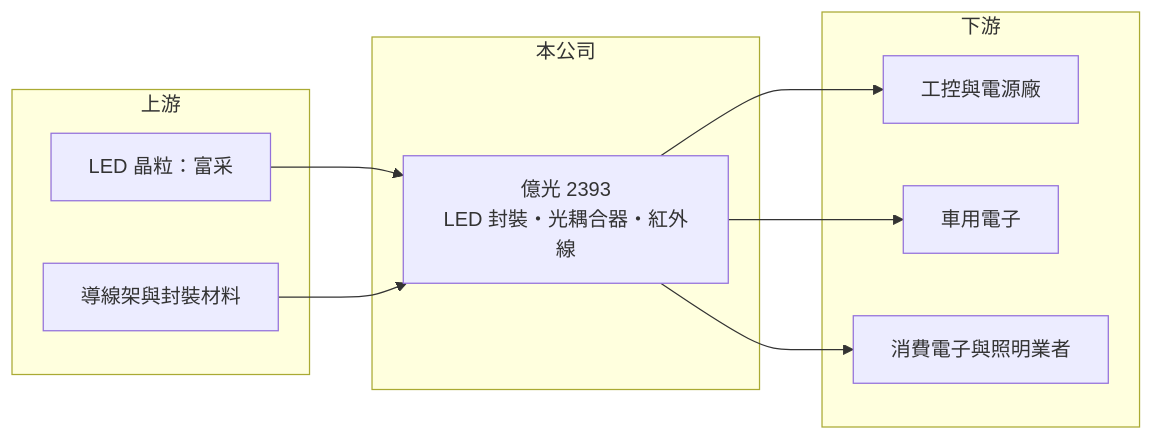
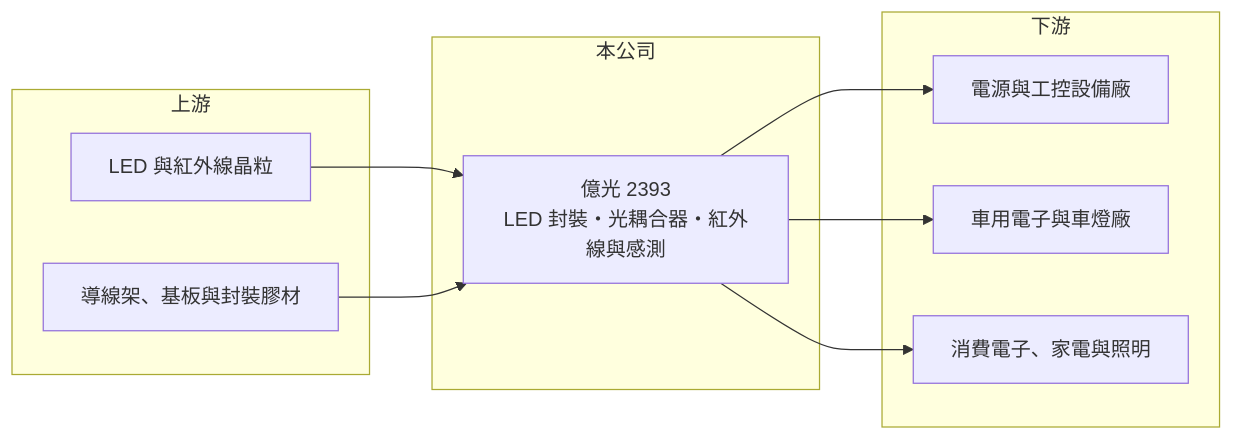
The second of 2 diagrams in 個股/台股/2393億光.md (wangnick1004/taiwan-stock-vault), drawn with Mermaid before and after one commit. The commit also changed other lines of this file and 10 other files, not shown here.

````diff
--- a/個股/台股/2393億光.md
+++ b/個股/台股/2393億光.md
@@ -85,20 +114,20 @@
 ```mermaid
 flowchart LR
     subgraph 上游
-        A1["LED 晶粒：富采"]
-        A2["導線架與封裝材料"]
+        A1[LED 與紅外線晶粒]
+        A2[導線架、基板與封裝膠材]
     end
     subgraph 本公司
-        B["億光 2393<br/>LED 封裝・光耦合器・紅外線"]
+        B[億光 2393<br/>LED 封裝・光耦合器・紅外線與感測]
     end
     subgraph 下游
-        C1["工控與電源廠"]
-        C2["車用電子"]
-        C3["消費電子與照明業者"]
+        C1[電源與工控設備廠]
+        C2[車用電子與車燈廠]
+        C3[消費電子、家電與照明]
     end
     A1 --> B
     A2 --> B
     B --> C1
     B --> C2
     B --> C3
 ```
````
